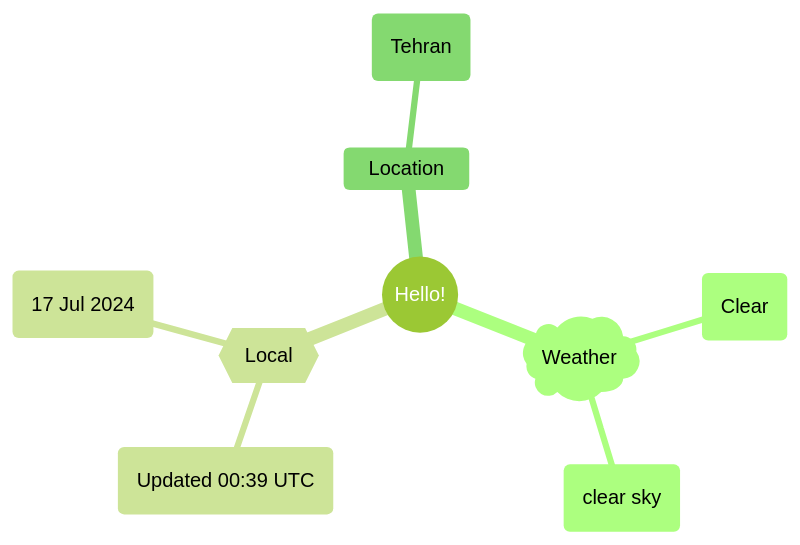
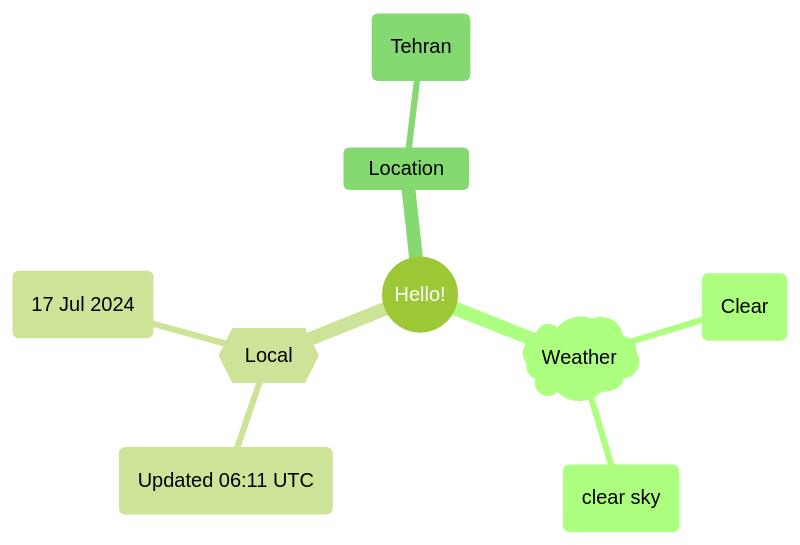
The first of 2 diagrams in README.md (Xosrov/Xosrov), drawn with Mermaid (forest theme) before and after one commit.

Commit message:
[bot] updated images

````diff
--- a/README.md
+++ b/README.md
@@ -3,12 +3,12 @@
 ```mermaid
 mindmap
   root((Hello!))
     )Weather(
         (Clear)
         (clear sky)
     {{Local}}
-        (Updated 00:39 UTC)
+        (Updated 06:11 UTC)
         (17 Jul 2024)
     Location
         (Tehran)
 ```
````
